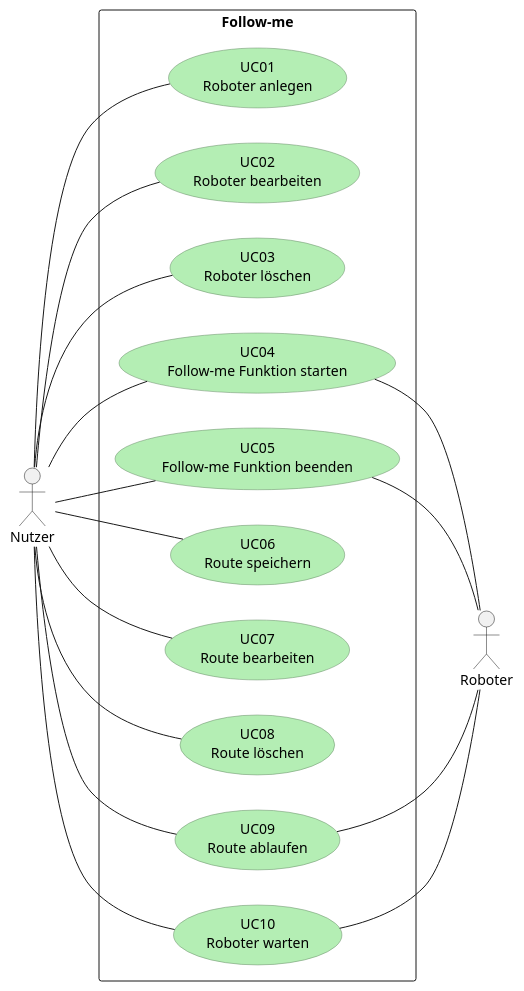
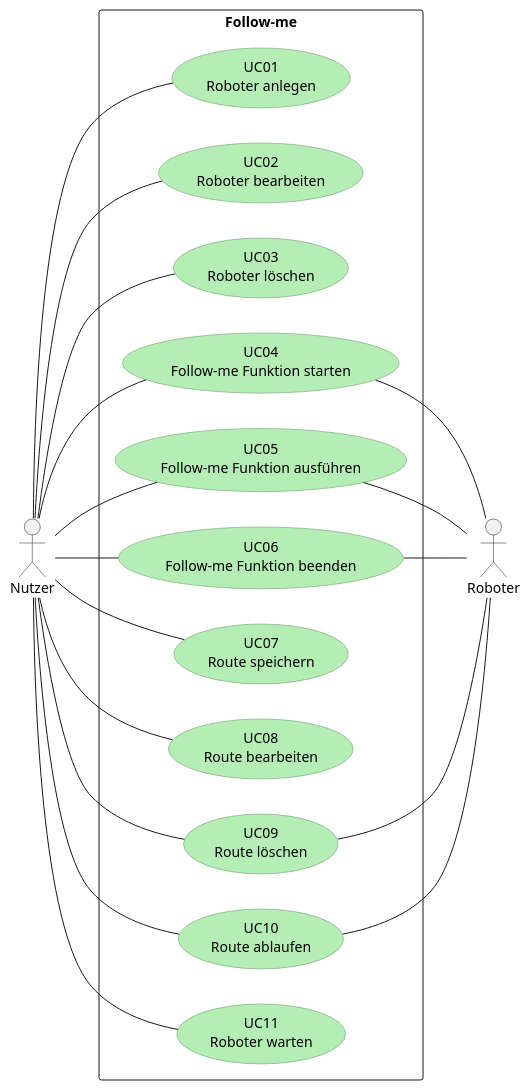
The diagram in docs/requirements/Follow-me Use Case model.puml (SE-I1-Follow-Me/SE-Projekt-I1), drawn with PlantUML before and after one commit. The commit also changed 8 other files, not shown here.

```diff
--- a/docs/requirements/Follow-me Use Case model.puml
+++ b/docs/requirements/Follow-me Use Case model.puml
@@ -1,50 +1,53 @@
 @startuml example-usecase-diagram
 left to right direction
 
 ' skin parameters for usecase with special stereotype
 skinparam usecase<<unspezifiziert>> {
   BackgroundColor #B4EEB4
   BorderColor 		#698b69
   StereotypeFontColor #black
   StereotypeFontSize 10
 }
 
 
 actor Nutzer
 actor Roboter
 
 rectangle "Follow-me" {
   usecase "UC01\nRoboter anlegen" as uc01 #B4EEB4;line:698b69
   usecase "UC02\nRoboter bearbeiten" as uc02 #B4EEB4;line:698b69
   usecase "UC03\nRoboter löschen" as uc03 #B4EEB4;line:698b69
   usecase "UC04\nFollow-me Funktion starten" as uc04 #B4EEB4;line:698b69
-  usecase "UC05\nFollow-me Funktion beenden"  as uc05 #B4EEB4;line:698b69
-  usecase "UC06\nRoute speichern" as uc06 #B4EEB4;line:698b69
-  usecase "UC07\nRoute bearbeiten"  as uc07 #B4EEB4;line:698b69
-  usecase "UC08\nRoute löschen" as uc08 #B4EEB4;line:698b69
-  usecase "UC09\nRoute ablaufen"  as uc09 #B4EEB4;line:698b69
-  usecase "UC10\nRoboter warten"  as uc10 #B4EEB4;line:698b69
+   usecase "UC05\nFollow-me Funktion ausführen" as uc05 #B4EEB4;line:698b69
+  usecase "UC06\nFollow-me Funktion beenden"  as uc06 #B4EEB4;line:698b69
+  usecase "UC07\nRoute speichern" as uc07 #B4EEB4;line:698b69
+  usecase "UC08\nRoute bearbeiten"  as uc08 #B4EEB4;line:698b69
+  usecase "UC09\nRoute löschen" as uc09 #B4EEB4;line:698b69
+  usecase "UC10\nRoute ablaufen"  as uc10 #B4EEB4;line:698b69
+  usecase "UC11\nRoboter warten"  as uc11 #B4EEB4;line:698b69
 
 
 
   ' single line:
   'usecase "UC05\nAnmeldedaten erfassen" as uc05
   ' multiple lines:
 
 }
 
 Nutzer -- uc01
 Nutzer -- uc02
 Nutzer -- uc03
 Nutzer -- uc04
 Nutzer -- uc05
 Nutzer -- uc06
 Nutzer -- uc07
 Nutzer -- uc08
 Nutzer -- uc09
 Nutzer -- uc10
+Nutzer -- uc11
 uc04 -- Roboter
 uc05 -- Roboter
+uc06 -- Roboter
 uc10 -- Roboter
 uc09 -- Roboter 
 @enduml
```
